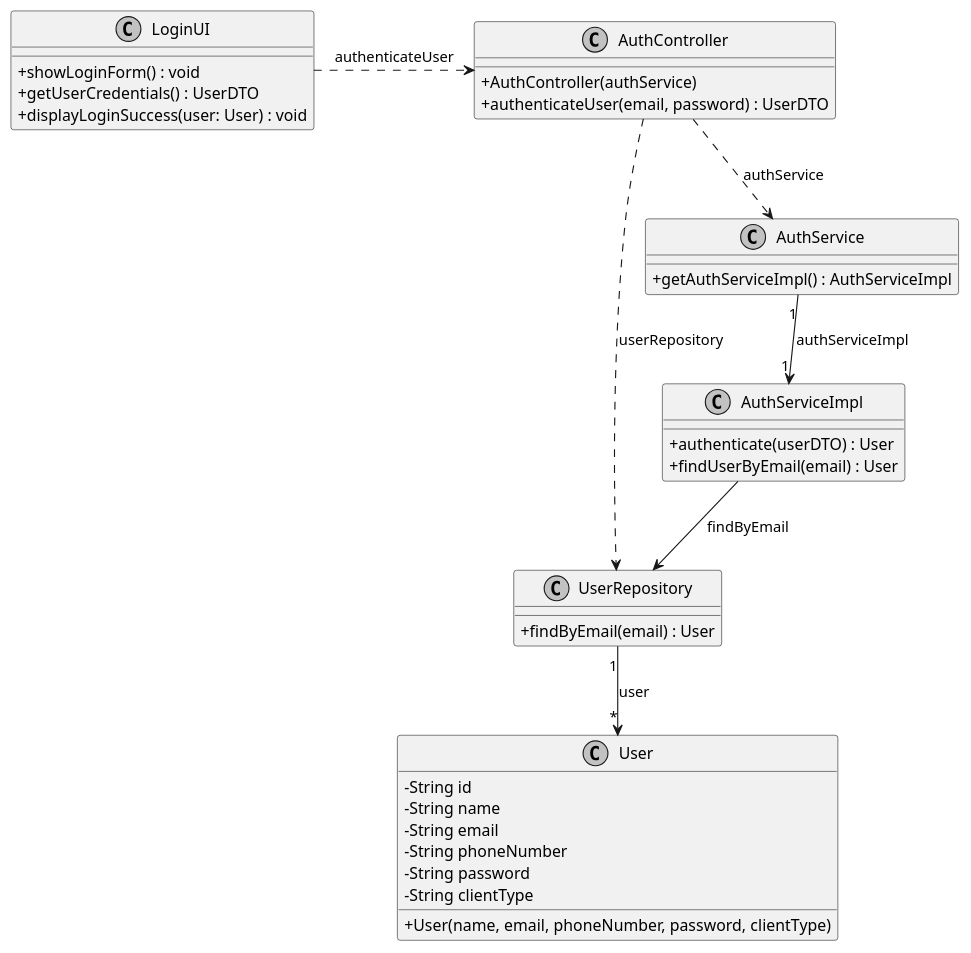
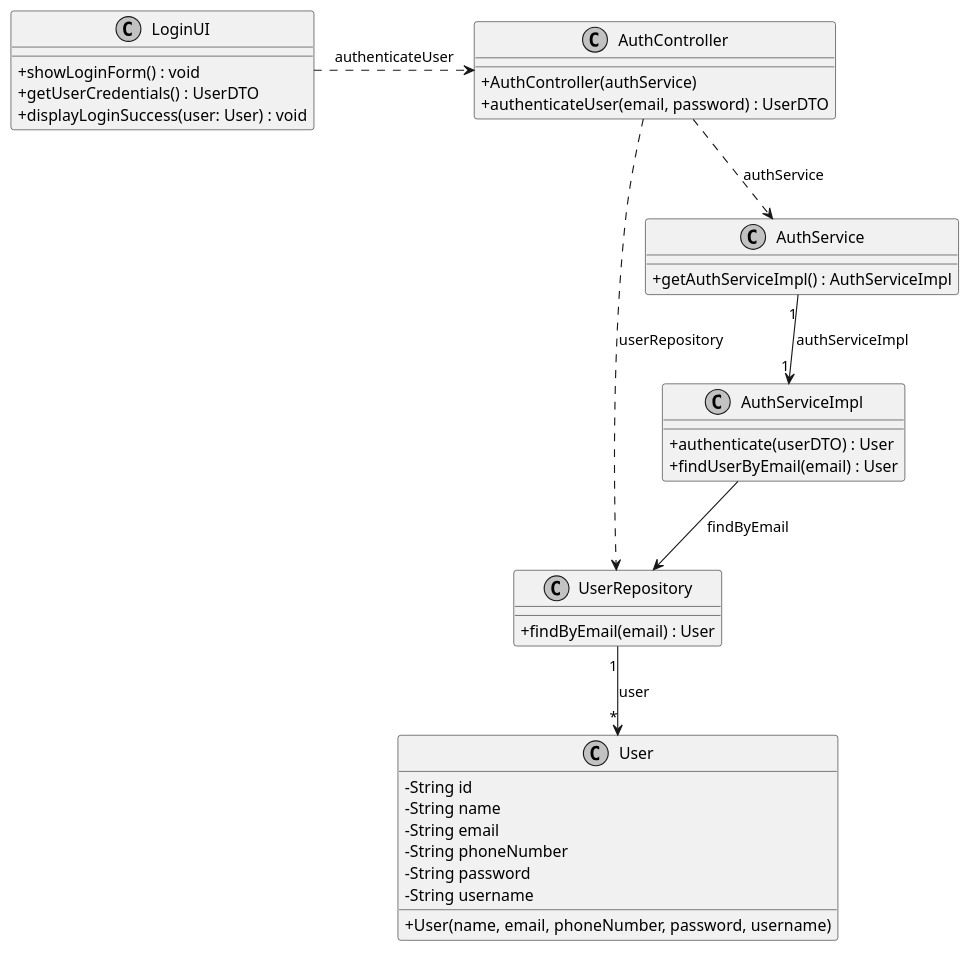
Before and after one commit to vivianeaalmeida/ComeAndGet: the diagram in Docs/US02/03-design/US02-CD.puml, drawn with PlantUML. The commit also changed 23 other files, not shown here.

```diff
--- a/Docs/US02/03-design/US02-CD.puml
+++ b/Docs/US02/03-design/US02-CD.puml
@@ -1,56 +1,56 @@
 @startuml
 skinparam monochrome true
 skinparam packageStyle rectangle
 skinparam shadowing false
 skinparam linetype polyline
 skinparam linetype orto
 
 skinparam classAttributeIconSize 0
 
 class User {
     - String id
     - String name
     - String email
     - String phoneNumber
     - String password
-    - String clientType
+    - String username
 
-    + User(name, email, phoneNumber, password, clientType)
+    + User(name, email, phoneNumber, password, username)
 }
 
 class UserRepository {
     + findByEmail(email) : User
 }
 
 class AuthService {
     + getAuthServiceImpl() : AuthServiceImpl
 }
 
 class AuthServiceImpl {
     + authenticate(userDTO) : User
     + findUserByEmail(email) : User
 }
 
 class AuthController {
     + AuthController(authService)
     + authenticateUser(email, password) : UserDTO
 }
 
 class LoginUI {
     + showLoginForm() : void
     + getUserCredentials() : UserDTO
     + displayLoginSuccess(user: User) : void
 }
 
 LoginUI .> AuthController : authenticateUser
 
 AuthController ..> AuthService : authService
 
 AuthService "1" --> "1" AuthServiceImpl : authServiceImpl
 
 AuthController ..> UserRepository : userRepository
 
 UserRepository "1" --> "*" User : user
 
 AuthServiceImpl --> UserRepository : findByEmail
 @enduml
```
